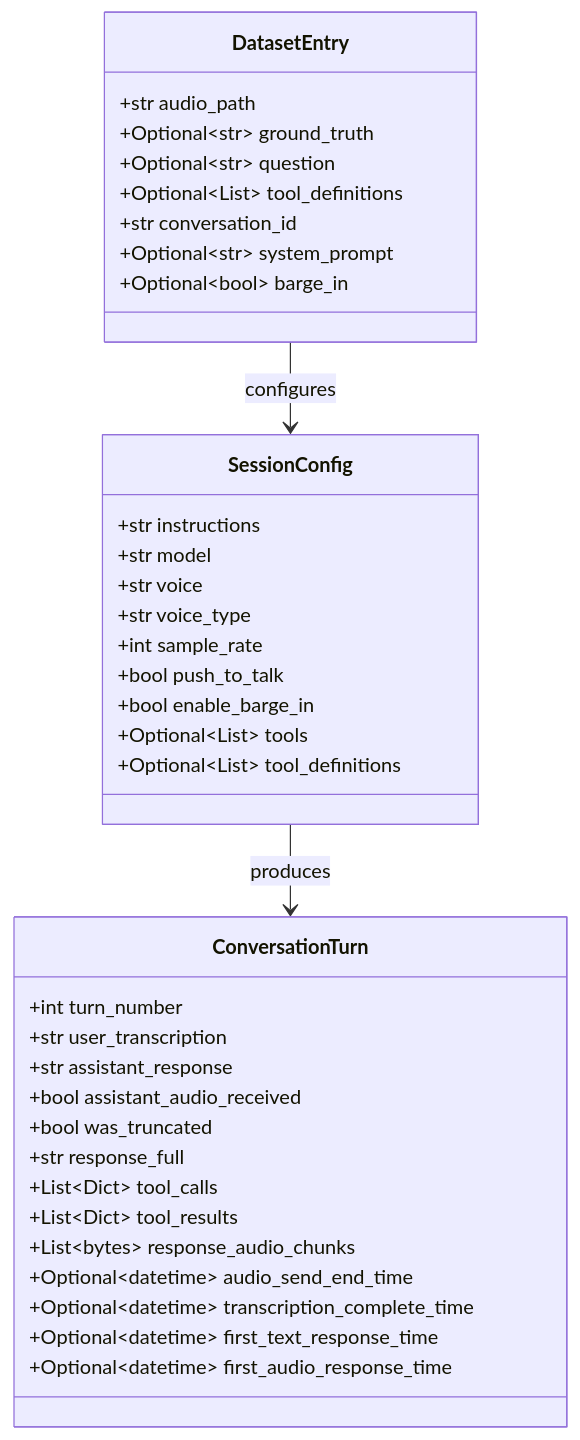
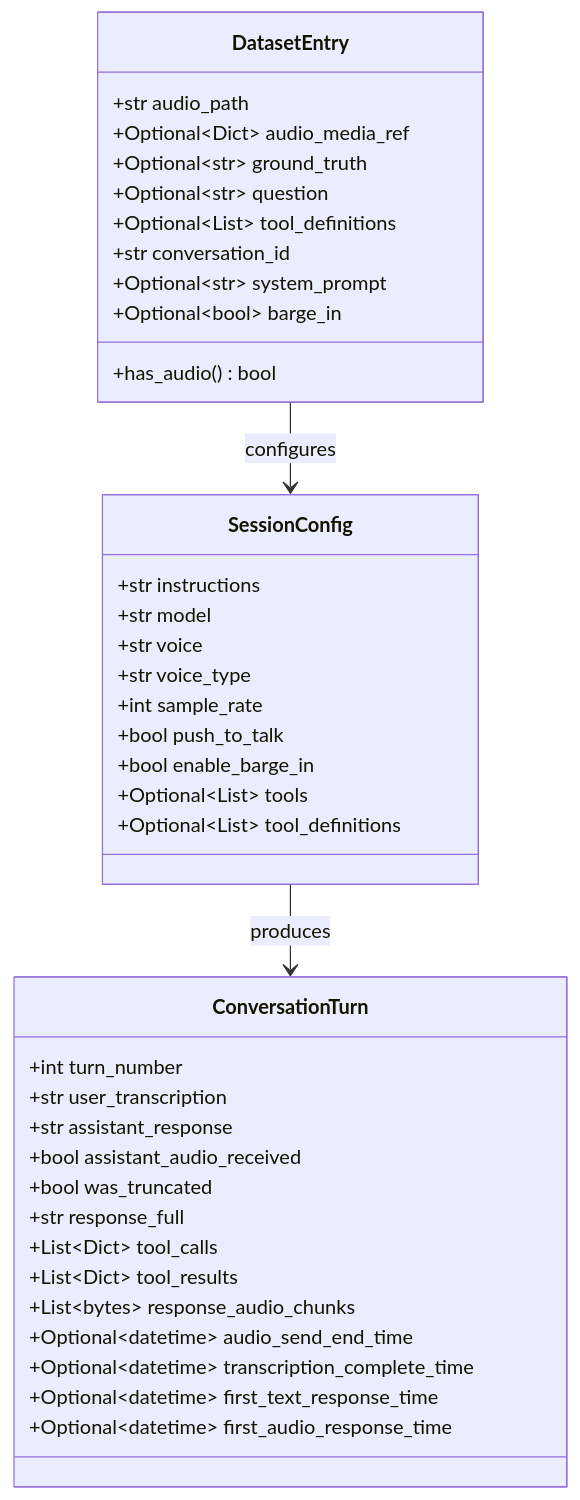
Before and after one commit to microsoft-foundry/voicelive-evaluation: the second of 7 diagrams in evaluation_harness/ARCHITECTURE.md, drawn with Mermaid. The commit also changed other lines of this file and 16 other files, not shown here.

````diff
--- a/evaluation_harness/ARCHITECTURE.md
+++ b/evaluation_harness/ARCHITECTURE.md
@@ -33,40 +33,42 @@
 ```mermaid
 classDiagram
     class SessionConfig {
         +str instructions
         +str model
         +str voice
         +str voice_type
         +int sample_rate
         +bool push_to_talk
         +bool enable_barge_in
         +Optional~List~ tools
         +Optional~List~ tool_definitions
     }
     class ConversationTurn {
         +int turn_number
         +str user_transcription
         +str assistant_response
         +bool assistant_audio_received
         +bool was_truncated
         +str response_full
         +List~Dict~ tool_calls
         +List~Dict~ tool_results
         +List~bytes~ response_audio_chunks
         +Optional~datetime~ audio_send_end_time
         +Optional~datetime~ transcription_complete_time
         +Optional~datetime~ first_text_response_time
         +Optional~datetime~ first_audio_response_time
     }
     class DatasetEntry {
         +str audio_path
+        +Optional~Dict~ audio_media_ref
         +Optional~str~ ground_truth
         +Optional~str~ question
         +Optional~List~ tool_definitions
         +str conversation_id
         +Optional~str~ system_prompt
         +Optional~bool~ barge_in
+        +has_audio() bool
     }
     DatasetEntry --> SessionConfig : configures
     SessionConfig --> ConversationTurn : produces
 ```
````
